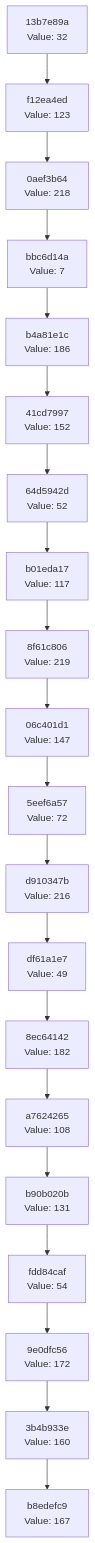
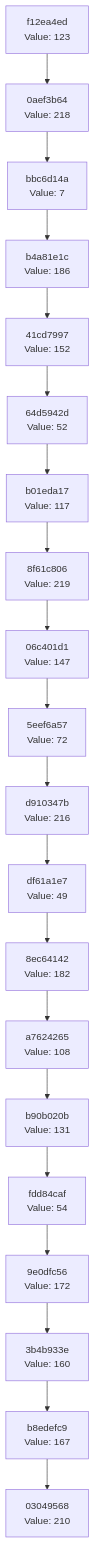
One commit to Abhisheksinha1506/hash-chain-evolver changed the diagram in docs/CHAIN_VISUALIZATION.md. Above: the diagram before and after it, drawn with Mermaid. The commit also changed 3 other files, not shown here.

````diff
--- a/docs/CHAIN_VISUALIZATION.md
+++ b/docs/CHAIN_VISUALIZATION.md
@@ -3,42 +3,42 @@
 ```mermaid
 graph TD
-    C0["b8edefc9<br/>Value: 167"]
-    C1["3b4b933e<br/>Value: 160"]
+    C0["03049568<br/>Value: 210"]
+    C1["b8edefc9<br/>Value: 167"]
     C1 --> C0
-    C2["9e0dfc56<br/>Value: 172"]
+    C2["3b4b933e<br/>Value: 160"]
     C2 --> C1
-    C3["fdd84caf<br/>Value: 54"]
+    C3["9e0dfc56<br/>Value: 172"]
     C3 --> C2
-    C4["b90b020b<br/>Value: 131"]
+    C4["fdd84caf<br/>Value: 54"]
     C4 --> C3
-    C5["a7624265<br/>Value: 108"]
+    C5["b90b020b<br/>Value: 131"]
     C5 --> C4
-    C6["8ec64142<br/>Value: 182"]
+    C6["a7624265<br/>Value: 108"]
     C6 --> C5
-    C7["df61a1e7<br/>Value: 49"]
+    C7["8ec64142<br/>Value: 182"]
     C7 --> C6
-    C8["d910347b<br/>Value: 216"]
+    C8["df61a1e7<br/>Value: 49"]
     C8 --> C7
-    C9["5eef6a57<br/>Value: 72"]
+    C9["d910347b<br/>Value: 216"]
     C9 --> C8
-    C10["06c401d1<br/>Value: 147"]
+    C10["5eef6a57<br/>Value: 72"]
     C10 --> C9
-    C11["8f61c806<br/>Value: 219"]
+    C11["06c401d1<br/>Value: 147"]
     C11 --> C10
-    C12["b01eda17<br/>Value: 117"]
+    C12["8f61c806<br/>Value: 219"]
     C12 --> C11
-    C13["64d5942d<br/>Value: 52"]
+    C13["b01eda17<br/>Value: 117"]
     C13 --> C12
-    C14["41cd7997<br/>Value: 152"]
+    C14["64d5942d<br/>Value: 52"]
     C14 --> C13
-    C15["b4a81e1c<br/>Value: 186"]
+    C15["41cd7997<br/>Value: 152"]
     C15 --> C14
-    C16["bbc6d14a<br/>Value: 7"]
+    C16["b4a81e1c<br/>Value: 186"]
     C16 --> C15
-    C17["0aef3b64<br/>Value: 218"]
+    C17["bbc6d14a<br/>Value: 7"]
     C17 --> C16
-    C18["f12ea4ed<br/>Value: 123"]
+    C18["0aef3b64<br/>Value: 218"]
     C18 --> C17
-    C19["13b7e89a<br/>Value: 32"]
+    C19["f12ea4ed<br/>Value: 123"]
     C19 --> C18
 ```
````
